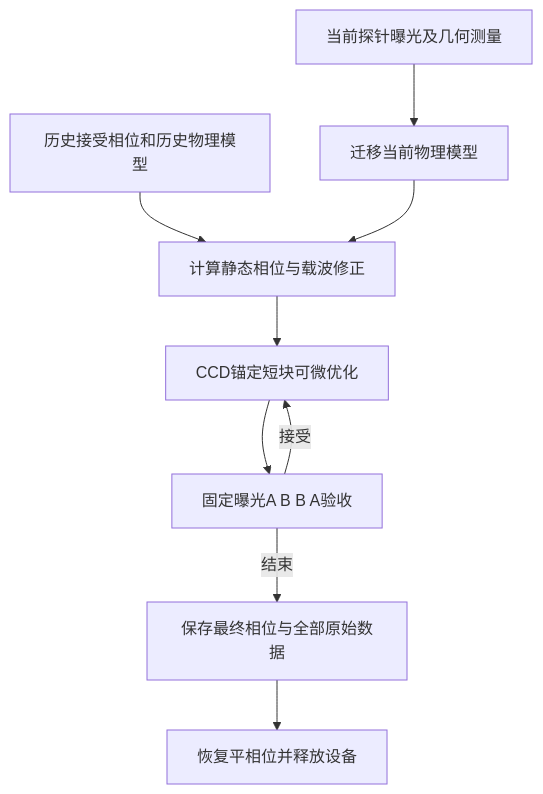
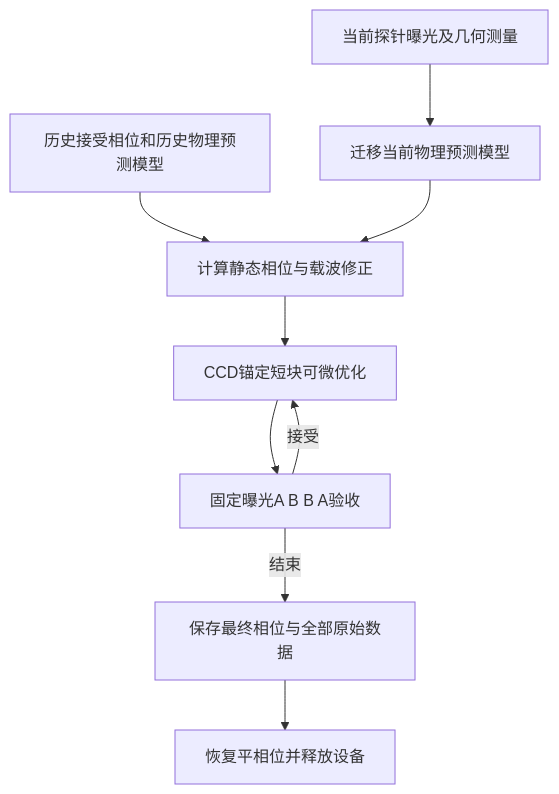
Before and after one commit to ywzhang909/AO-shaping: the second of 2 diagrams in docs/slm/slm_transfer_workflow.md, drawn with Mermaid. The commit also changed 28 other files, not shown here.

````diff
--- a/docs/slm/slm_transfer_workflow.md
+++ b/docs/slm/slm_transfer_workflow.md
@@ -215,11 +215,11 @@
 ```mermaid
 flowchart TD
-    A[历史接受相位和历史物理模型] --> T[计算静态相位与载波修正]
-    B[当前探针曝光及几何测量] --> M[迁移当前物理模型]
+    A[历史接受相位和历史物理预测模型] --> T[计算静态相位与载波修正]
+    B[当前探针曝光及几何测量] --> M[迁移当前物理预测模型]
     M --> T
     T --> O[CCD锚定短块可微优化]
     O --> V[固定曝光A B B A验收]
     V -->|接受| O
     V -->|结束| S[保存最终相位与全部原始数据]
     S --> R[恢复平相位并释放设备]
 ```
````
